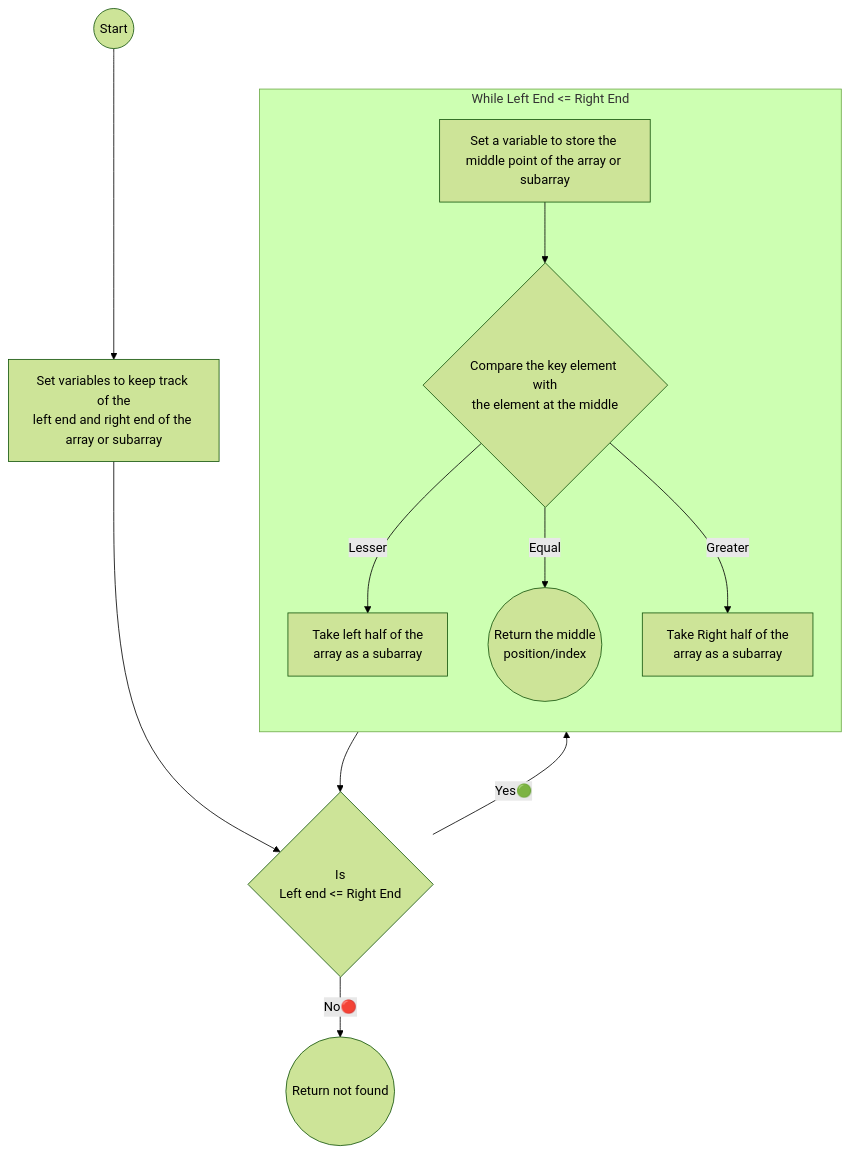
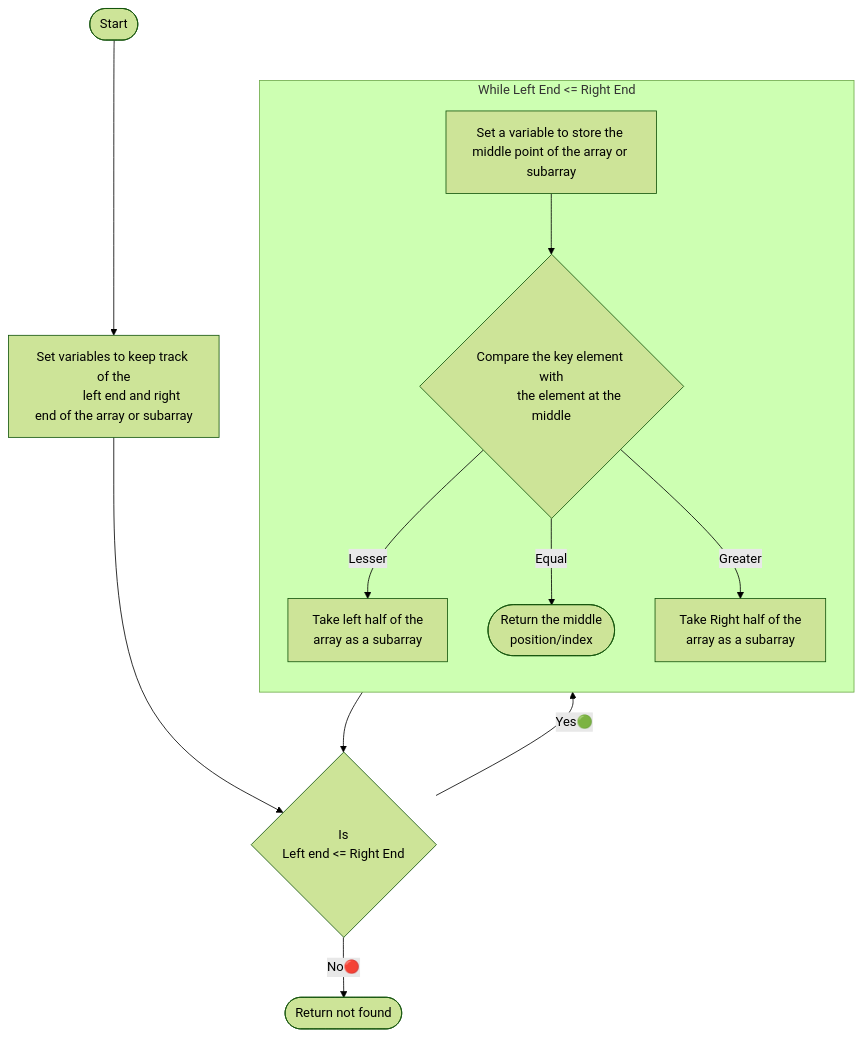
One commit to Mebanseibor/Code-Collection changed the first of 2 diagrams in Java/Algorithms/Searching/Binary Search/README.md. Above: the diagram before and after it, drawn with Mermaid (forest theme). The commit also changed other lines of this file and 3 other files, not shown here.

````diff
--- a/Java/Algorithms/Searching/Binary Search/README.md
+++ b/Java/Algorithms/Searching/Binary Search/README.md
@@ -14,31 +14,50 @@
 ```mermaid
 flowchart
-    Start((Start))
-    VarInitFunc[Set variables to keep track of the<br>left end and right end of the array or subarray]
-    CompareLeftLTERight{Is<br>Left end <= Right End}
-    ReturnNotFound((Return not found))
+    %% Node Definition
+        Start([Start])
+        VarInitFunc["
+            Set variables to keep track of the
+            left end and right end of the array or subarray
+        "]
+        CompareLeftLTERight{"
+            Is
+            Left end <= Right End
+        "}
+        ReturnNotFound([Return not found])
     
     subgraph LoopLeftLTERight [While Left End <= Right End]
         direction TB
         VarInitMid[Set a variable to store the middle point of the array or subarray]
-        CompareKeyWithMiddle{Compare the key element with<br>the element at the middle}
-        ReturnMid((Return the middle<br>position/index))
-        SubarrayLeftHalf[Take left half of the<br>array as a subarray]
-        SubarrayRightHalf[Take Right half of the<br>array as a subarray]
+        CompareKeyWithMiddle{"
+            Compare the key element with
+            the element at the middle
+        "}
+        ReturnMid(["
+            Return the middle
+            position/index
+        "])
+        SubarrayLeftHalf["
+            Take left half of the
+            array as a subarray
+        "]
+        SubarrayRightHalf["
+            Take Right half of the
+            array as a subarray
+        "]
         
         VarInitMid --> CompareKeyWithMiddle
         %% Comparision
             CompareKeyWithMiddle -->|Lesser| SubarrayLeftHalf
             CompareKeyWithMiddle -->|Equal| ReturnMid
             CompareKeyWithMiddle -->|Greater| SubarrayRightHalf
     end
     
     
 
     Start --> VarInitFunc
     VarInitFunc --> CompareLeftLTERight
     %% CompareLeftLTERight
         CompareLeftLTERight -->|Yes🟢| LoopLeftLTERight
         CompareLeftLTERight -->|No🔴| ReturnNotFound
     LoopLeftLTERight --> CompareLeftLTERight
 ```
````
